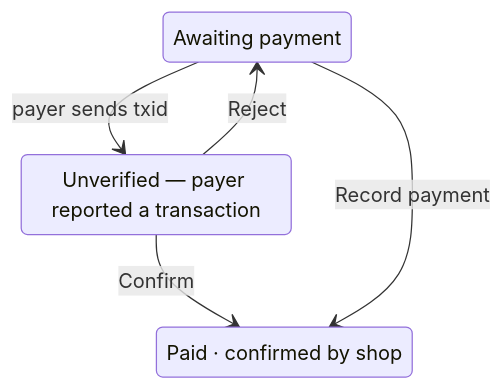
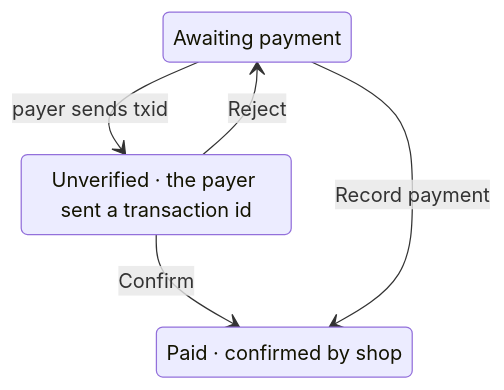
Before and after one commit to billi-x4/Shade: the fourth of 4 diagrams in docs/demo.md, drawn with Mermaid. The commit also changed 3 other files, not shown here.

````diff
--- a/docs/demo.md
+++ b/docs/demo.md
@@ -143,10 +143,10 @@
 ```mermaid
 stateDiagram-v2
   state "Awaiting payment" as O
-  state "Unverified — payer reported a transaction" as R
+  state "Unverified · the payer sent a transaction id" as R
   state "Paid · confirmed by shop" as P
   O --> R: payer sends txid
   R --> P: Confirm
   R --> O: Reject
   O --> P: Record payment
 ```
````
